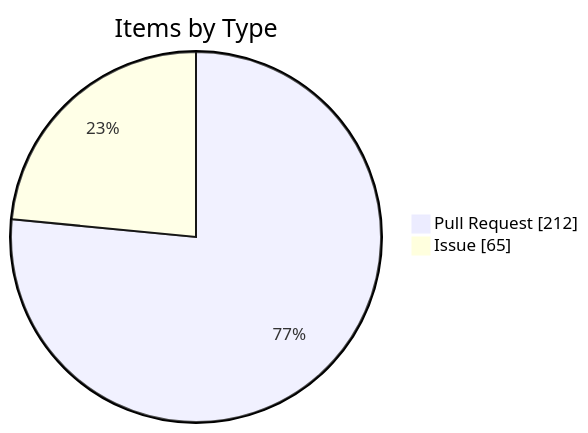
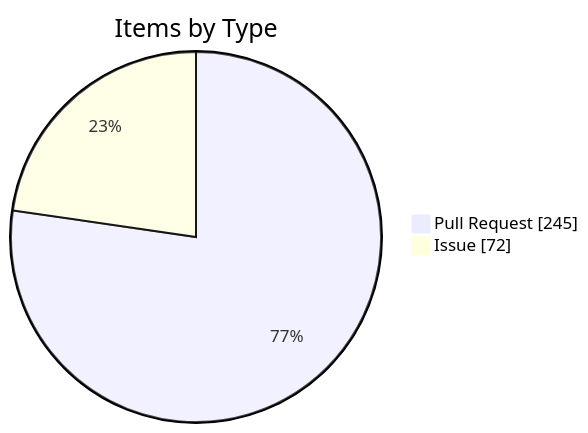
One commit to KBVE/kbve changed the fourth of 4 diagrams in apps/kbve/astro-kbve/src/content/docs/dashboard/kanban-data.mdx. Above: the diagram before and after it, drawn with Mermaid. The commit also changed other lines of this file and 8 other files, not shown here.

````diff
--- a/apps/kbve/astro-kbve/src/content/docs/dashboard/kanban-data.mdx
+++ b/apps/kbve/astro-kbve/src/content/docs/dashboard/kanban-data.mdx
@@ -115,6 +116,6 @@
 ```mermaid
 pie showData
     title Items by Type
-    "Pull Request" : 212
-    "Issue" : 65
+    "Pull Request" : 245
+    "Issue" : 72
 ```
````
